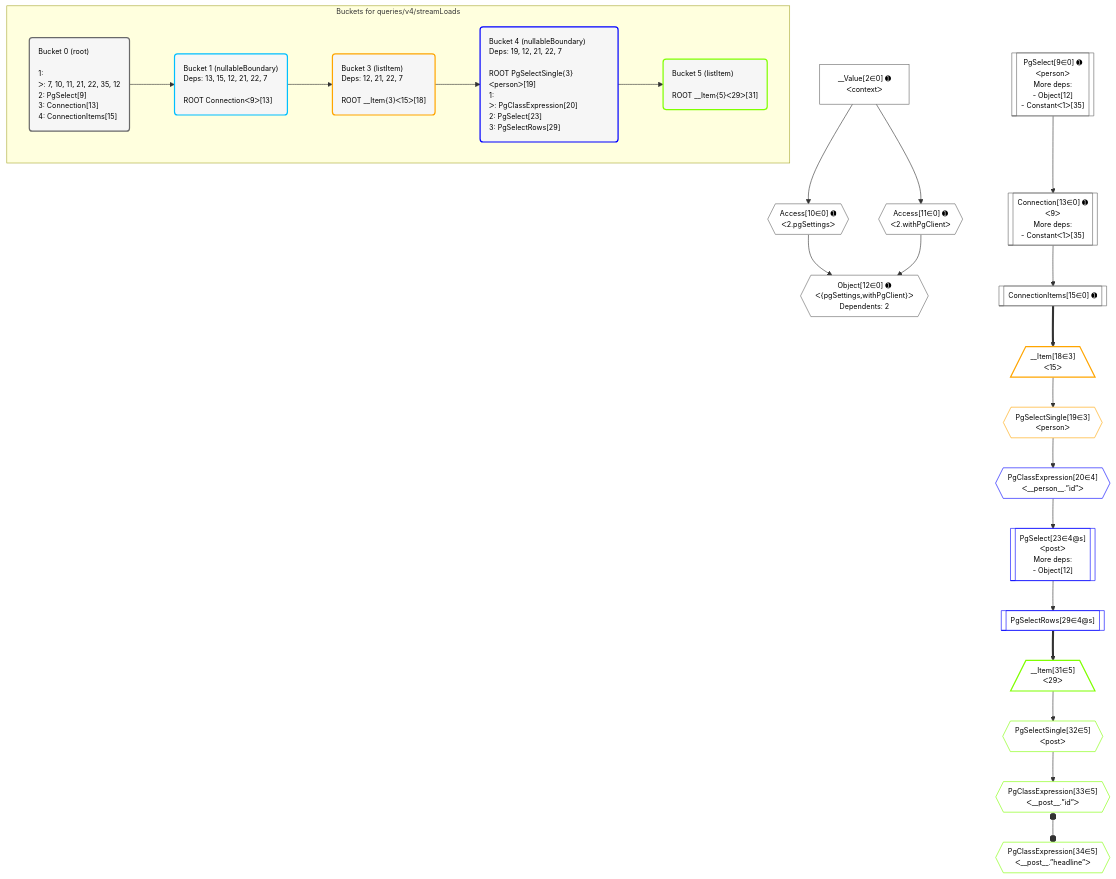
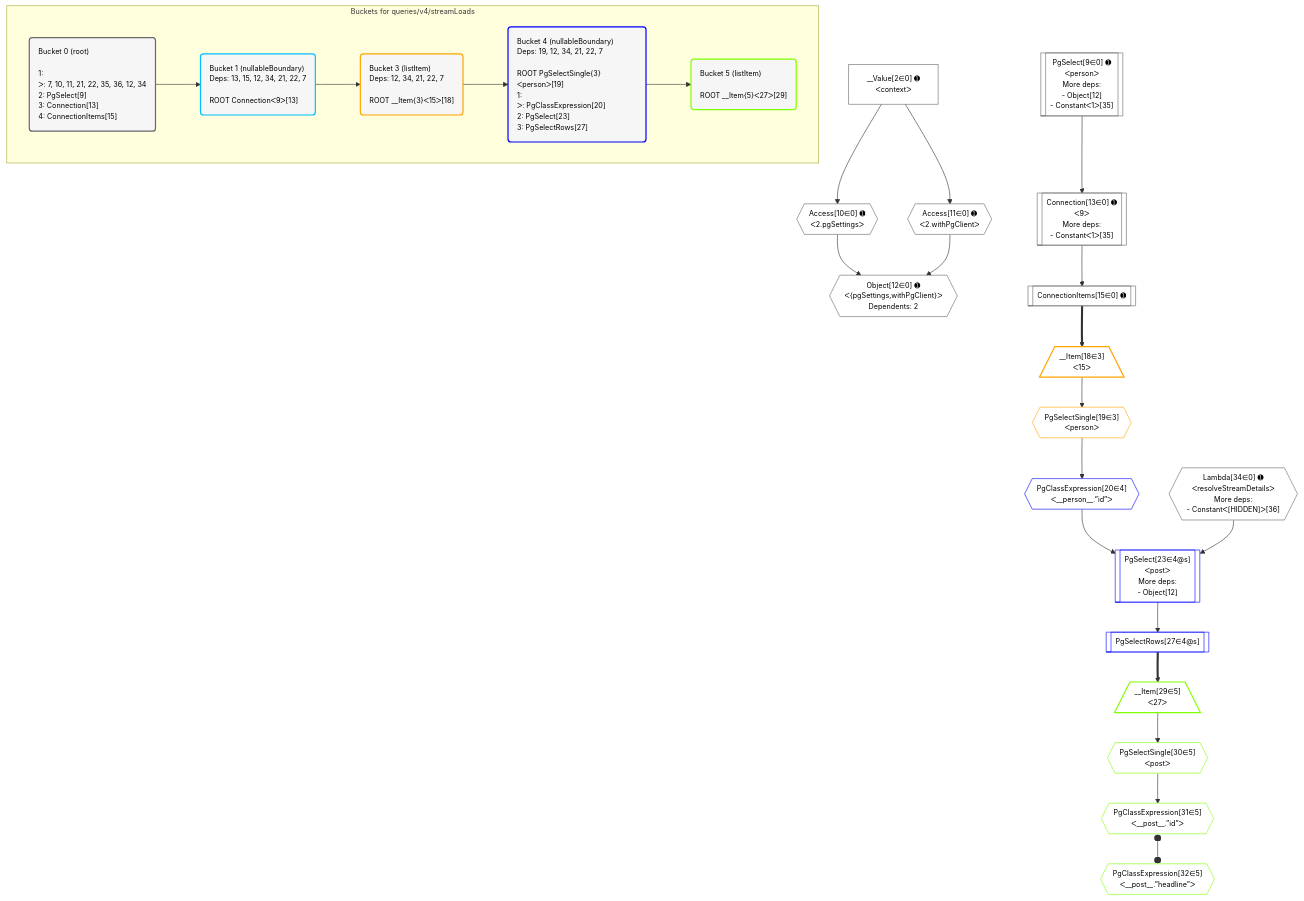
Before and after one commit to graphile/crystal: the diagram in postgraphile/postgraphile/__tests__/queries/v4/streamLoads.mermaid, drawn with Mermaid. The commit also changed 29 other files, not shown here.

```diff
--- a/postgraphile/postgraphile/__tests__/queries/v4/streamLoads.mermaid
+++ b/postgraphile/postgraphile/__tests__/queries/v4/streamLoads.mermaid
@@ -1,64 +1,65 @@
 %%{init: {'themeVariables': { 'fontSize': '12px'}}}%%
 graph TD
     classDef path fill:#eee,stroke:#000,color:#000
     classDef plan fill:#fff,stroke-width:1px,color:#000
     classDef itemplan fill:#fff,stroke-width:2px,color:#000
     classDef unbatchedplan fill:#dff,stroke-width:1px,color:#000
     classDef sideeffectplan fill:#fcc,stroke-width:2px,color:#000
     classDef bucket fill:#f6f6f6,color:#000,stroke-width:2px,text-align:left
 
     subgraph "Buckets for queries/v4/streamLoads"
-    Bucket0("Bucket 0 (root)<br /><br />1: <br />ᐳ: 7, 10, 11, 21, 22, 35, 12<br />2: PgSelect[9]<br />3: Connection[13]<br />4: ConnectionItems[15]"):::bucket
-    Bucket1("Bucket 1 (nullableBoundary)<br />Deps: 13, 15, 12, 21, 22, 7<br /><br />ROOT Connectionᐸ9ᐳ[13]"):::bucket
-    Bucket3("Bucket 3 (listItem)<br />Deps: 12, 21, 22, 7<br /><br />ROOT __Item{3}ᐸ15ᐳ[18]"):::bucket
-    Bucket4("Bucket 4 (nullableBoundary)<br />Deps: 19, 12, 21, 22, 7<br /><br />ROOT PgSelectSingle{3}ᐸpersonᐳ[19]<br />1: <br />ᐳ: PgClassExpression[20]<br />2: PgSelect[23]<br />3: PgSelectRows[29]"):::bucket
-    Bucket5("Bucket 5 (listItem)<br /><br />ROOT __Item{5}ᐸ29ᐳ[31]"):::bucket
+    Bucket0("Bucket 0 (root)<br /><br />1: <br />ᐳ: 7, 10, 11, 21, 22, 35, 36, 12, 34<br />2: PgSelect[9]<br />3: Connection[13]<br />4: ConnectionItems[15]"):::bucket
+    Bucket1("Bucket 1 (nullableBoundary)<br />Deps: 13, 15, 12, 34, 21, 22, 7<br /><br />ROOT Connectionᐸ9ᐳ[13]"):::bucket
+    Bucket3("Bucket 3 (listItem)<br />Deps: 12, 34, 21, 22, 7<br /><br />ROOT __Item{3}ᐸ15ᐳ[18]"):::bucket
+    Bucket4("Bucket 4 (nullableBoundary)<br />Deps: 19, 12, 34, 21, 22, 7<br /><br />ROOT PgSelectSingle{3}ᐸpersonᐳ[19]<br />1: <br />ᐳ: PgClassExpression[20]<br />2: PgSelect[23]<br />3: PgSelectRows[27]"):::bucket
+    Bucket5("Bucket 5 (listItem)<br /><br />ROOT __Item{5}ᐸ27ᐳ[29]"):::bucket
     end
     Bucket0 --> Bucket1
     Bucket1 --> Bucket3
     Bucket3 --> Bucket4
     Bucket4 --> Bucket5
 
     %% plan dependencies
     PgSelect9[["PgSelect[9∈0] ➊<br />ᐸpersonᐳ<br />More deps:<br />- Object[12]<br />- Constantᐸ1ᐳ[35]"]]:::plan
     Object12{{"Object[12∈0] ➊<br />ᐸ{pgSettings,withPgClient}ᐳ<br />Dependents: 2"}}:::plan
     Access10{{"Access[10∈0] ➊<br />ᐸ2.pgSettingsᐳ"}}:::plan
     Access11{{"Access[11∈0] ➊<br />ᐸ2.withPgClientᐳ"}}:::plan
     Access10 & Access11 --> Object12
     Connection13[["Connection[13∈0] ➊<br />ᐸ9ᐳ<br />More deps:<br />- Constantᐸ1ᐳ[35]"]]:::plan
     PgSelect9 --> Connection13
     __Value2["__Value[2∈0] ➊<br />ᐸcontextᐳ"]:::plan
     __Value2 --> Access10
     __Value2 --> Access11
     ConnectionItems15[["ConnectionItems[15∈0] ➊"]]:::plan
     Connection13 --> ConnectionItems15
+    Lambda34{{"Lambda[34∈0] ➊<br />ᐸresolveStreamDetailsᐳ<br />More deps:<br />- Constantᐸ[HIDDEN]ᐳ[36]"}}:::plan
     __Item18[/"__Item[18∈3]<br />ᐸ15ᐳ"\]:::itemplan
     ConnectionItems15 ==> __Item18
     PgSelectSingle19{{"PgSelectSingle[19∈3]<br />ᐸpersonᐳ"}}:::plan
     __Item18 --> PgSelectSingle19
     PgSelect23[["PgSelect[23∈4@s]<br />ᐸpostᐳ<br />More deps:<br />- Object[12]"]]:::plan
     PgClassExpression20{{"PgClassExpression[20∈4]<br />ᐸ__person__.”id”ᐳ"}}:::plan
-    PgClassExpression20 --> PgSelect23
+    PgClassExpression20 & Lambda34 --> PgSelect23
     PgSelectSingle19 --> PgClassExpression20
-    PgSelectRows29[["PgSelectRows[29∈4@s]"]]:::plan
-    PgSelect23 --> PgSelectRows29
-    __Item31[/"__Item[31∈5]<br />ᐸ29ᐳ"\]:::itemplan
-    PgSelectRows29 ==> __Item31
-    PgSelectSingle32{{"PgSelectSingle[32∈5]<br />ᐸpostᐳ"}}:::plan
-    __Item31 --> PgSelectSingle32
-    PgClassExpression33{{"PgClassExpression[33∈5]<br />ᐸ__post__.”id”ᐳ"}}:::plan
-    PgSelectSingle32 --> PgClassExpression33
-    PgClassExpression34{{"PgClassExpression[34∈5]<br />ᐸ__post__.”headline”ᐳ"}}:::plan
-    PgClassExpression33 o--o PgClassExpression34
+    PgSelectRows27[["PgSelectRows[27∈4@s]"]]:::plan
+    PgSelect23 --> PgSelectRows27
+    __Item29[/"__Item[29∈5]<br />ᐸ27ᐳ"\]:::itemplan
+    PgSelectRows27 ==> __Item29
+    PgSelectSingle30{{"PgSelectSingle[30∈5]<br />ᐸpostᐳ"}}:::plan
+    __Item29 --> PgSelectSingle30
+    PgClassExpression31{{"PgClassExpression[31∈5]<br />ᐸ__post__.”id”ᐳ"}}:::plan
+    PgSelectSingle30 --> PgClassExpression31
+    PgClassExpression32{{"PgClassExpression[32∈5]<br />ᐸ__post__.”headline”ᐳ"}}:::plan
+    PgClassExpression31 o--o PgClassExpression32
 
     %% define steps
     classDef bucket0 stroke:#696969
-    class Bucket0,__Value2,PgSelect9,Access10,Access11,Object12,Connection13,ConnectionItems15 bucket0
+    class Bucket0,__Value2,PgSelect9,Access10,Access11,Object12,Connection13,ConnectionItems15,Lambda34 bucket0
     classDef bucket1 stroke:#00bfff
     class Bucket1 bucket1
     classDef bucket3 stroke:#ffa500
     class Bucket3,__Item18,PgSelectSingle19 bucket3
     classDef bucket4 stroke:#0000ff
-    class Bucket4,PgClassExpression20,PgSelect23,PgSelectRows29 bucket4
+    class Bucket4,PgClassExpression20,PgSelect23,PgSelectRows27 bucket4
     classDef bucket5 stroke:#7fff00
-    class Bucket5,__Item31,PgSelectSingle32,PgClassExpression33,PgClassExpression34 bucket5
+    class Bucket5,__Item29,PgSelectSingle30,PgClassExpression31,PgClassExpression32 bucket5
```
